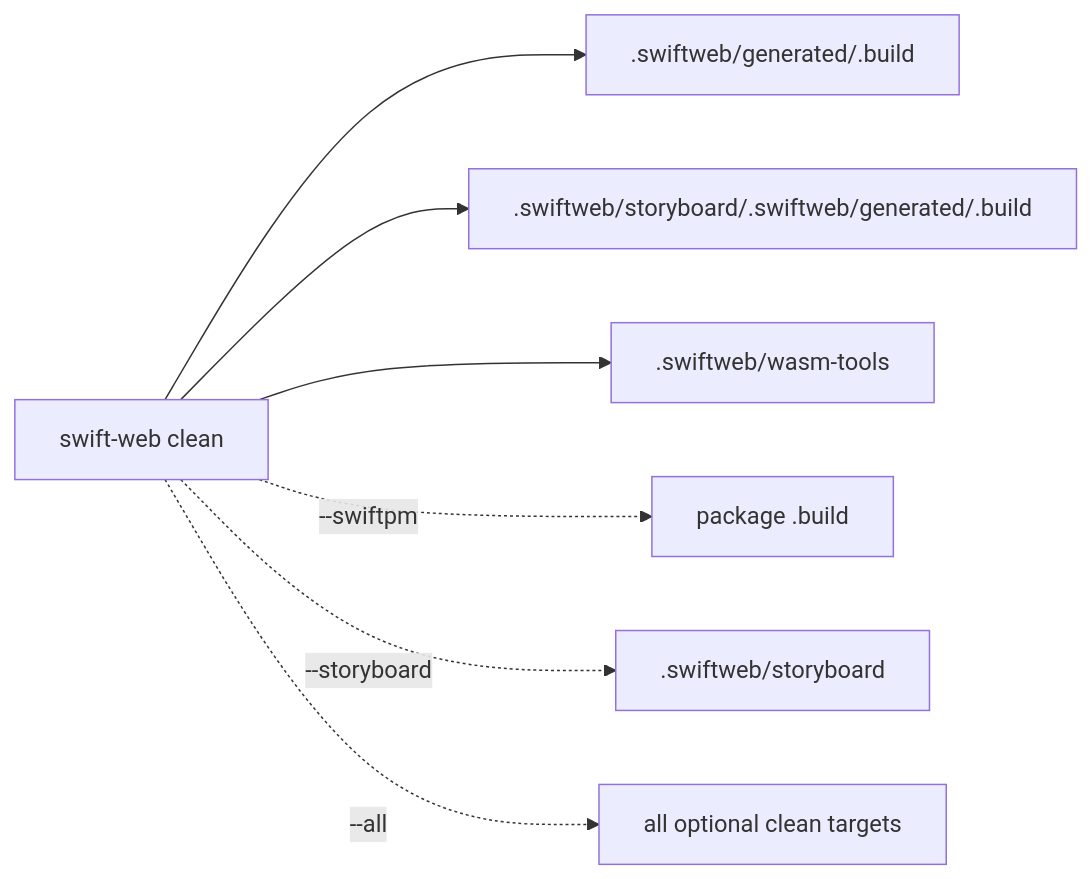
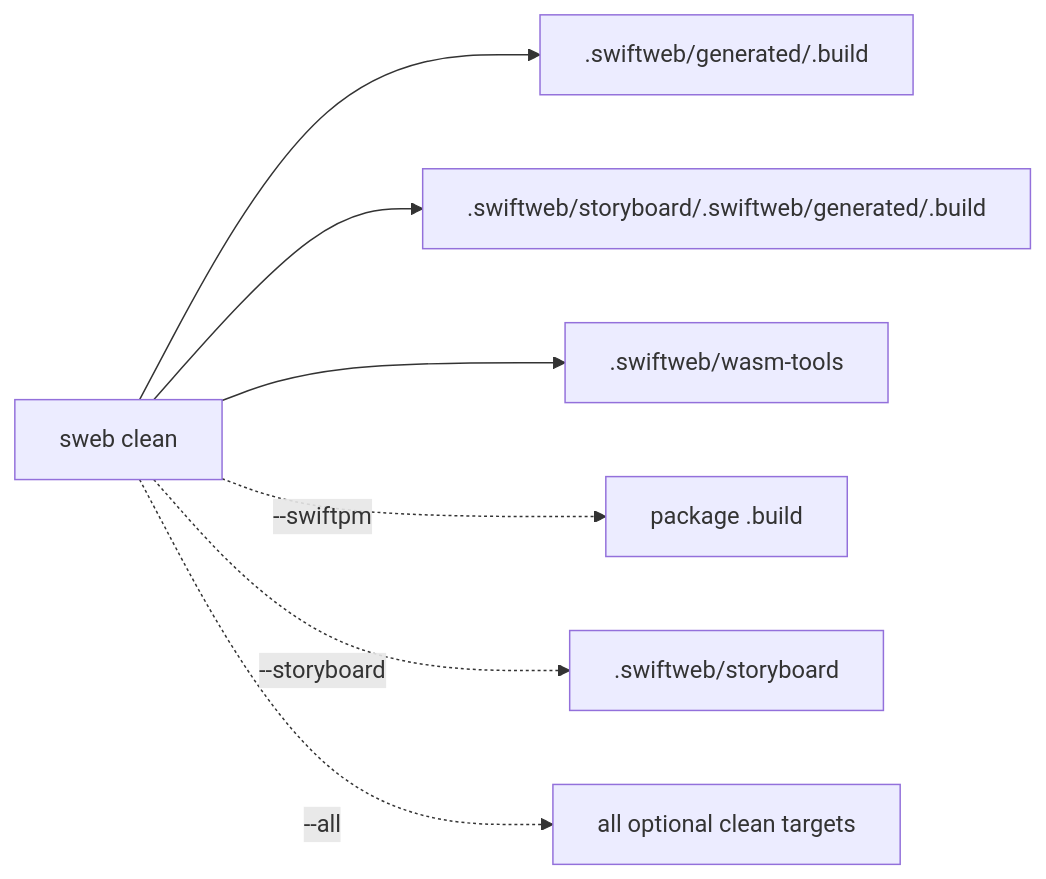
One commit to 1amageek/swift-web changed the ninth of 9 diagrams in Sources/SwiftWebCLI/README.md. Above: the diagram before and after it, drawn with Mermaid. The commit also changed other lines of this file and 24 other files, not shown here.

````diff
--- a/Sources/SwiftWebCLI/README.md
+++ b/Sources/SwiftWebCLI/README.md
@@ -181,9 +202,9 @@
 ```mermaid
 flowchart LR
-  A["swift-web clean"] --> B[".swiftweb/generated/.build"]
+  A["sweb clean"] --> B[".swiftweb/generated/.build"]
   A --> C[".swiftweb/storyboard/.swiftweb/generated/.build"]
   A --> D[".swiftweb/wasm-tools"]
   A -. --swiftpm .-> E["package .build"]
   A -. --storyboard .-> F[".swiftweb/storyboard"]
   A -. --all .-> G["all optional clean targets"]
 ```
````
